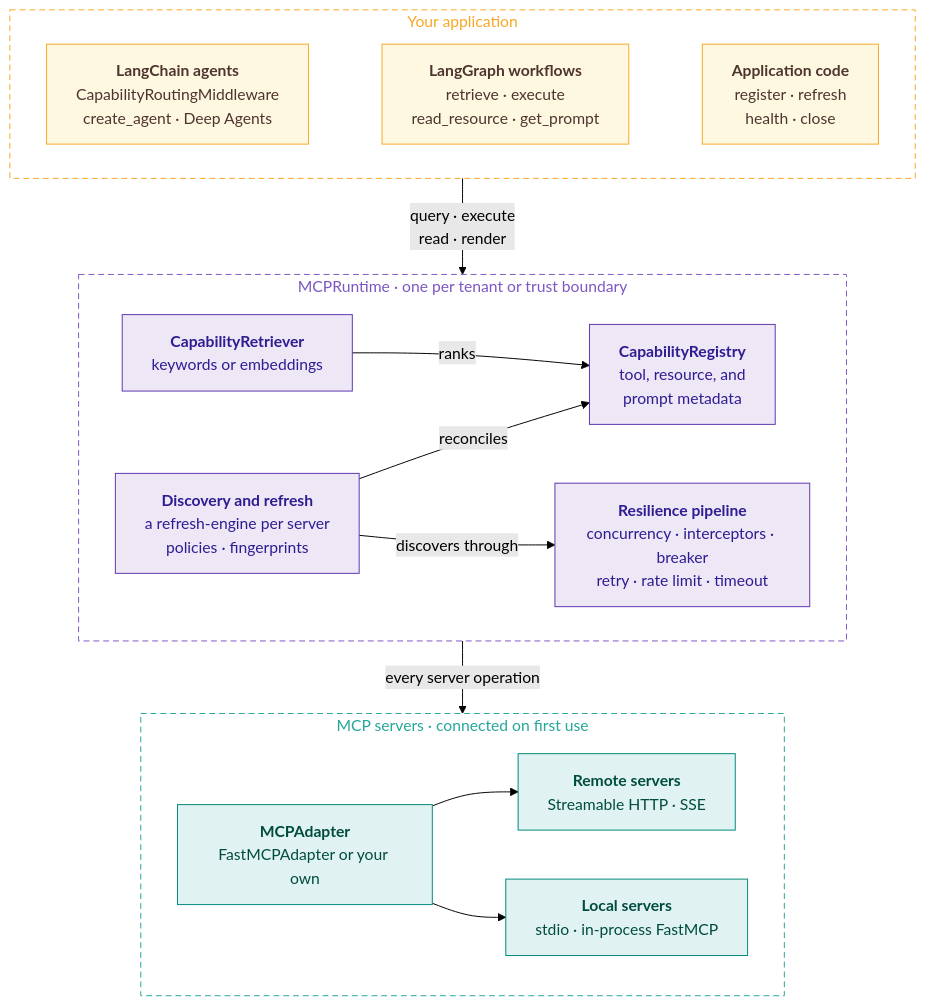
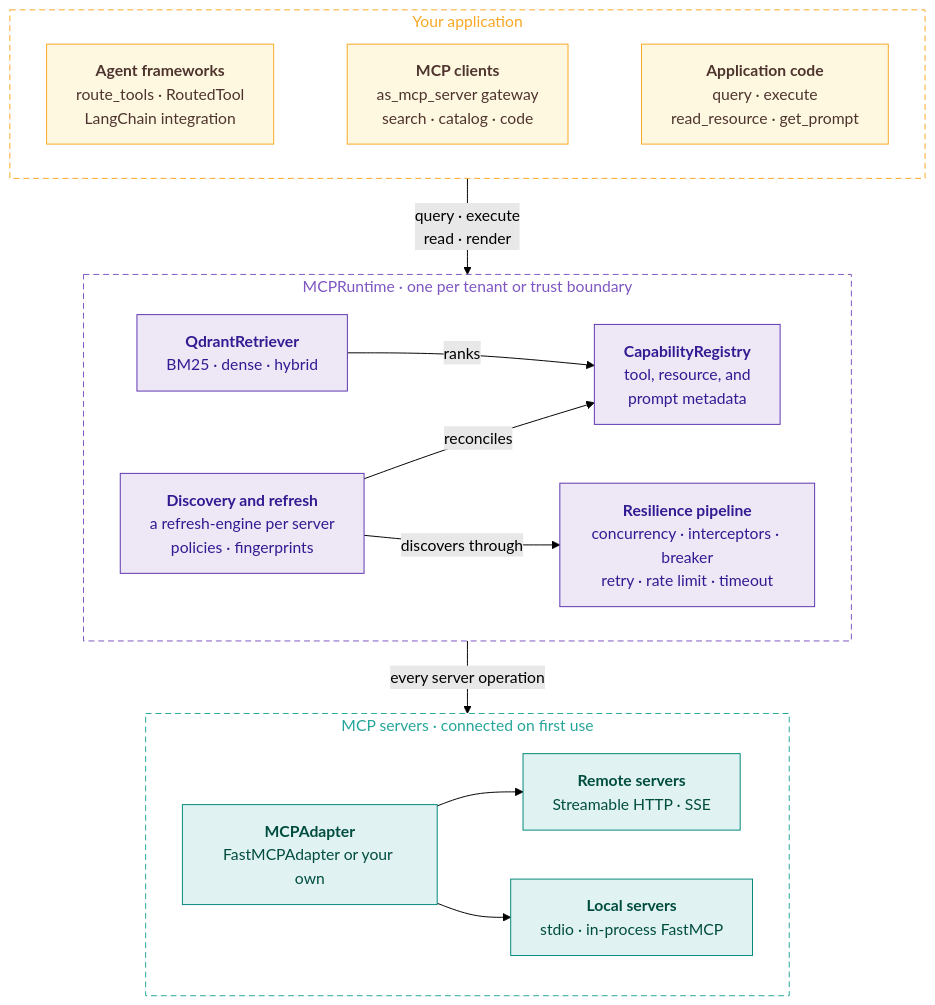
One commit to smuniharish/mcp-capabilty-router changed the diagram in docs/assets/diagrams/architecture.mmd. Above: the diagram before and after it, drawn with Mermaid (forest theme). The commit also changed 120 other files, not shown here.

First line of the commit message:
Make the router framework-agnostic with Qdrant retrieval and an MCP gateway

```diff
--- a/docs/assets/diagrams/architecture.mmd
+++ b/docs/assets/diagrams/architecture.mmd
@@ -1,41 +1,41 @@
 flowchart TB
     subgraph application["Your application"]
         direction LR
-        agents["<b>LangChain agents</b><br/>CapabilityRoutingMiddleware<br/>create_agent · Deep Agents"]
-        workflows["<b>LangGraph workflows</b><br/>retrieve · execute<br/>read_resource · get_prompt"]
-        code["<b>Application code</b><br/>register · refresh<br/>health · close"]
+        agents["<b>Agent frameworks</b><br/>route_tools · RoutedTool<br/>LangChain integration"]
+        workflows["<b>MCP clients</b><br/>as_mcp_server gateway<br/>search · catalog · code"]
+        code["<b>Application code</b><br/>query · execute<br/>read_resource · get_prompt"]
             agents ~~~ workflows ~~~ code
         end
 
     subgraph runtime["MCPRuntime · one per tenant or trust boundary"]
         direction LR
         refresh["<b>Discovery and refresh</b><br/>a refresh-engine per server<br/>policies · fingerprints"]
         registry["<b>CapabilityRegistry</b><br/>tool, resource, and<br/>prompt metadata"]
-        retriever["<b>CapabilityRetriever</b><br/>keywords or embeddings"]
+        retriever["<b>QdrantRetriever</b><br/>BM25 · dense · hybrid"]
         pipeline["<b>Resilience pipeline</b><br/>concurrency · interceptors · breaker<br/>retry · rate limit · timeout"]
         refresh -- reconciles --> registry
         retriever -- ranks --> registry
         refresh -- discovers through --> pipeline
     end
 
     subgraph servers["MCP servers · connected on first use"]
         direction LR
         adapter["<b>MCPAdapter</b><br/>FastMCPAdapter or your own"]
         remote["<b>Remote servers</b><br/>Streamable HTTP · SSE"]
         local["<b>Local servers</b><br/>stdio · in-process FastMCP"]
         adapter --> remote
         adapter --> local
     end
 
     application -- "query · execute<br/>read · render" --> runtime
     runtime -- "every server operation" --> servers
 
     classDef core fill:#ede7f6,stroke:#5e35b1,color:#311b92
     classDef app fill:#fff8e1,stroke:#f9a825,color:#4e342e
     classDef external fill:#e0f2f1,stroke:#00897b,color:#004d40
     class refresh,registry,retriever,pipeline core
     class agents,workflows,code app
     class adapter,remote,local external
     style application fill:none,stroke:#f9a825,stroke-dasharray:6 4,color:#f9a825
     style runtime fill:none,stroke:#7e57c2,stroke-dasharray:6 4,color:#7e57c2
     style servers fill:none,stroke:#26a69a,stroke-dasharray:6 4,color:#26a69a
```
